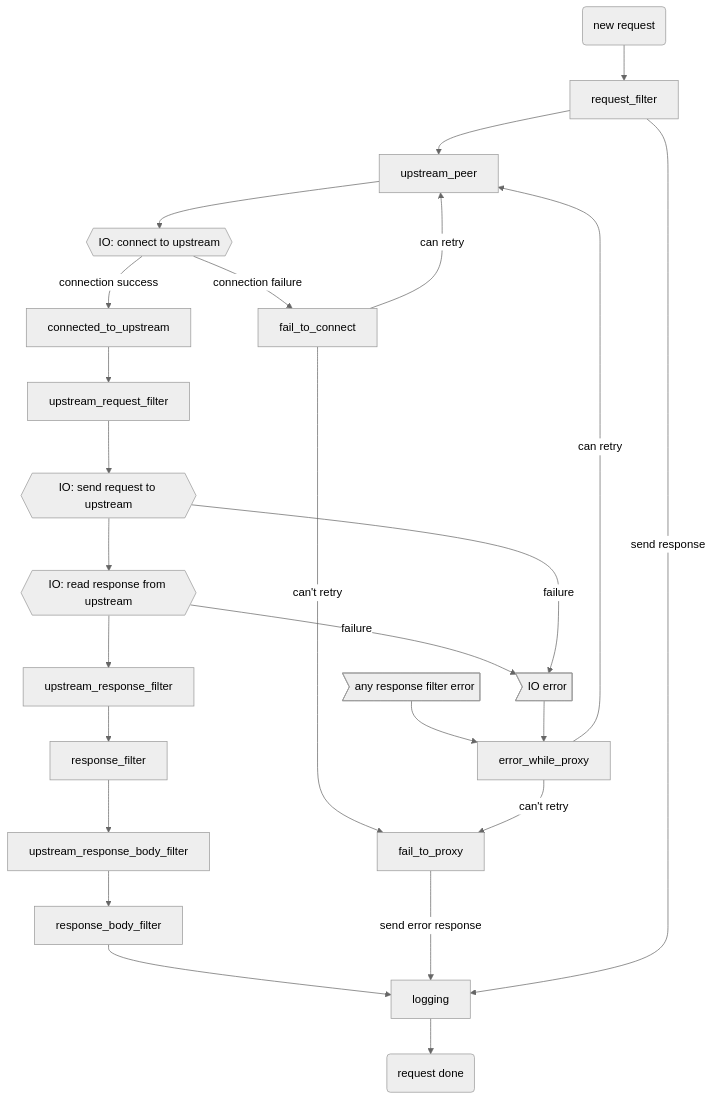
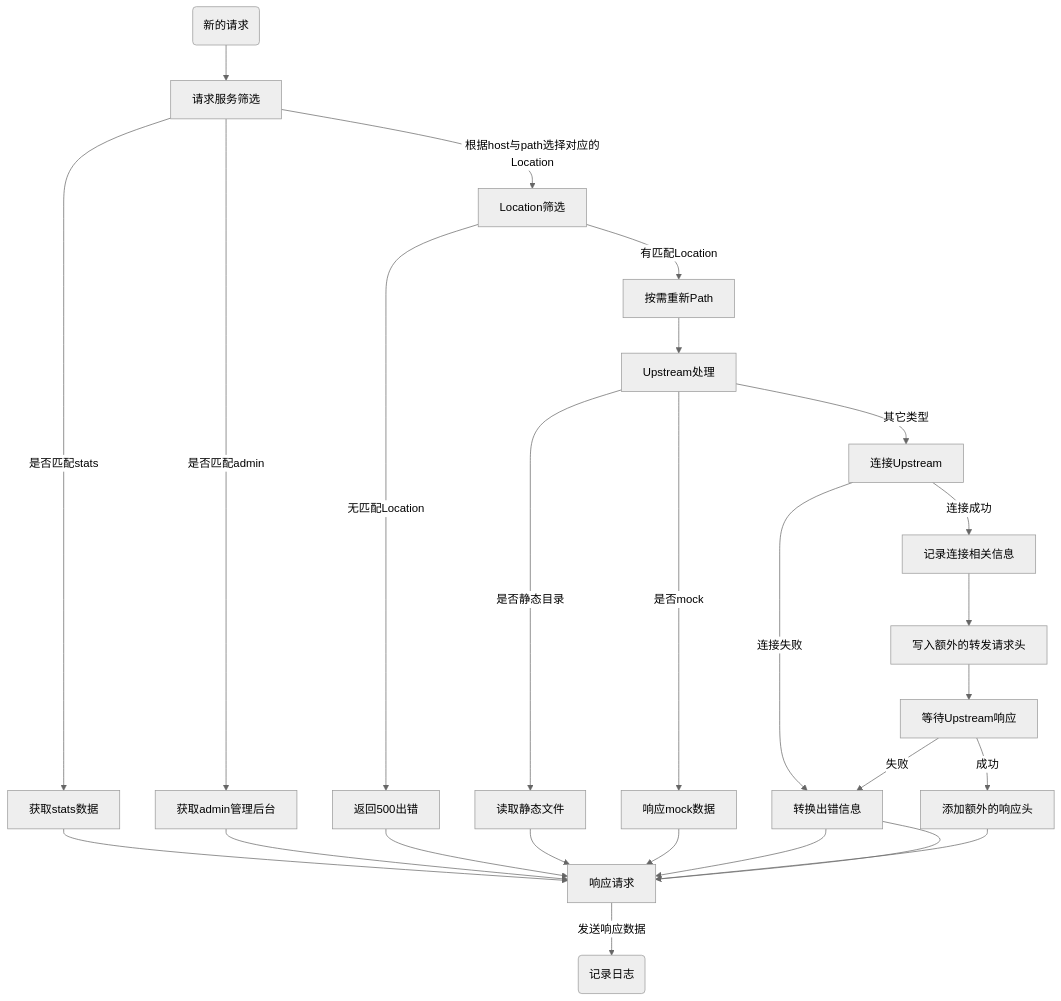
Before and after one commit to vicanso/pingap: the diagram in docs/phase_chart_zh.md, drawn with Mermaid (neutral theme).

Commit message:
docs: update documents

````diff
--- a/docs/phase_chart_zh.md
+++ b/docs/phase_chart_zh.md
@@ -5,29 +5,18 @@
 ```mermaid
- graph TD;
-    start("new request")-->request_filter;
-    request_filter-->upstream_peer;
+graph TD;
+    start("新的请求")-->请求服务筛选;
+    请求服务筛选--是否匹配stats-->获取stats数据-->响应请求;
+    请求服务筛选--是否匹配admin-->获取admin管理后台-->响应请求;
+    请求服务筛选--根据host与path选择对应的Location-->Location筛选;
+    Location筛选--无匹配Location-->返回500出错-->响应请求;
+    Location筛选--有匹配Location-->按需重新Path-->Upstream处理;
+    Upstream处理--是否静态目录-->读取静态文件-->响应请求;
+    Upstream处理--是否mock-->响应mock数据-->响应请求;
+    Upstream处理--其它类型-->连接Upstream;
+    连接Upstream--连接失败-->转换出错信息-->响应请求;
+    连接Upstream--连接成功-->记录连接相关信息-->写入额外的转发请求头-->等待Upstream响应;
+    等待Upstream响应--成功-->添加额外的响应头-->响应请求;
+    等待Upstream响应--失败-->转换出错信息-->响应请求;
 
-    upstream_peer-->Connect{{IO: connect to upstream}};
-
-    Connect--connection success-->connected_to_upstream;
-    Connect--connection failure-->fail_to_connect;
-
-    connected_to_upstream-->upstream_request_filter;
-    upstream_request_filter --> SendReq{{IO: send request to upstream}};
-    SendReq-->RecvResp{{IO: read response from upstream}};
-    RecvResp-->upstream_response_filter-->response_filter-->upstream_response_body_filter-->response_body_filter-->logging-->endreq("request done");
-
-    fail_to_connect --can retry-->upstream_peer;
-    fail_to_connect --can't retry-->fail_to_proxy--send error response-->logging;
-
-    RecvResp--failure-->IOFailure;
-    SendReq--failure-->IOFailure;
-    error_while_proxy--can retry-->upstream_peer;
-    error_while_proxy--can't retry-->fail_to_proxy;
-
-    request_filter --send response-->logging
-
-
-    Error>any response filter error]-->error_while_proxy
-    IOFailure>IO error]-->error_while_proxy
+    响应请求--发送响应数据-->stop("记录日志");
 ```
````
